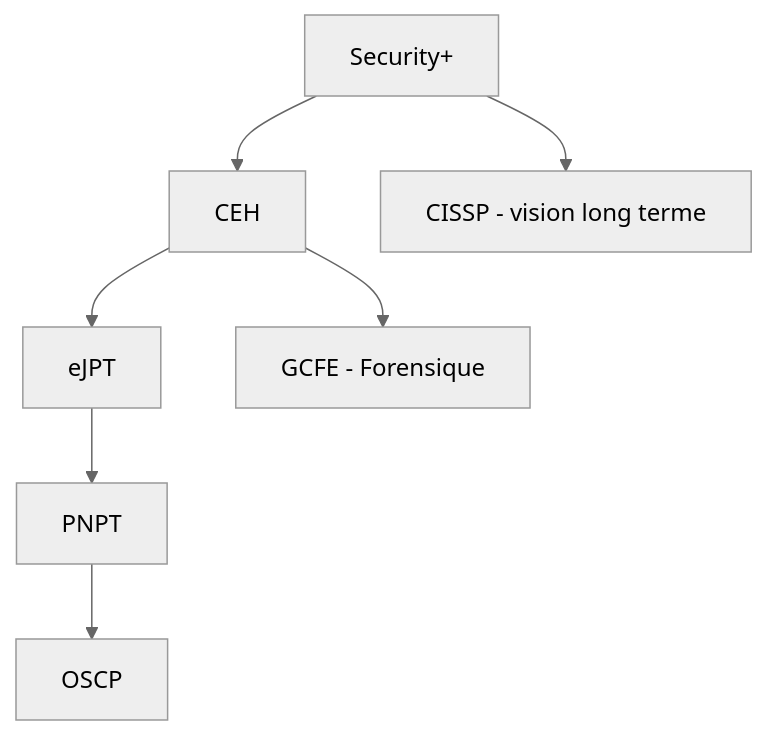
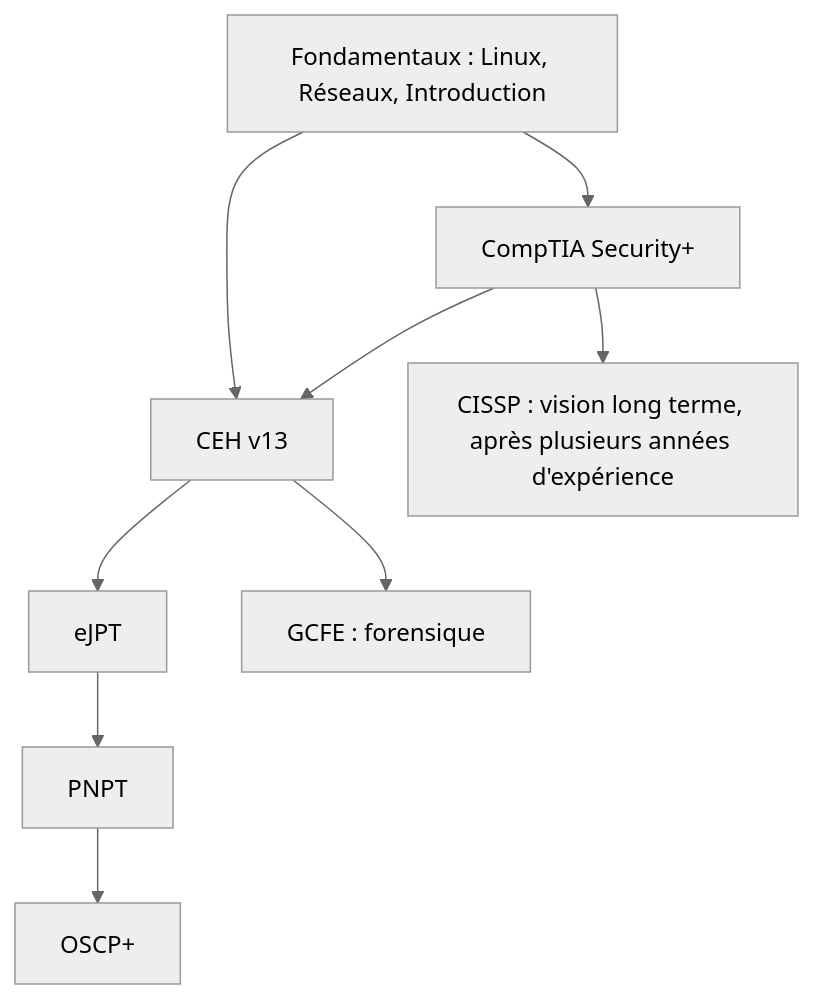
Before and after one commit to AureDulvresse/nyx: the diagram in content/courses/intro-cyber/05-parcours-certifications.md, drawn with Mermaid (neutral theme). The commit also changed other lines of this file and 167 other files, not shown here.

````diff
--- a/content/courses/intro-cyber/05-parcours-certifications.md
+++ b/content/courses/intro-cyber/05-parcours-certifications.md
@@ -39,9 +52,11 @@
 ```mermaid
-graph TD
-    A[Security+] --> B[CEH]
-    B --> C[eJPT]
-    C --> D[PNPT]
-    D --> E[OSCP]
-    B --> F[GCFE - Forensique]
-    A --> G[CISSP - vision long terme]
+flowchart TD
+    F["Fondamentaux : Linux, Réseaux, Introduction"] --> SP["CompTIA Security+"]
+    F --> CEH["CEH v13"]
+    SP --> CEH
+    CEH --> EJPT["eJPT"]
+    EJPT --> PNPT["PNPT"]
+    PNPT --> OSCP["OSCP+"]
+    CEH --> GCFE["GCFE : forensique"]
+    SP --> CISSP["CISSP : vision long terme, après plusieurs années d'expérience"]
 ```
````
